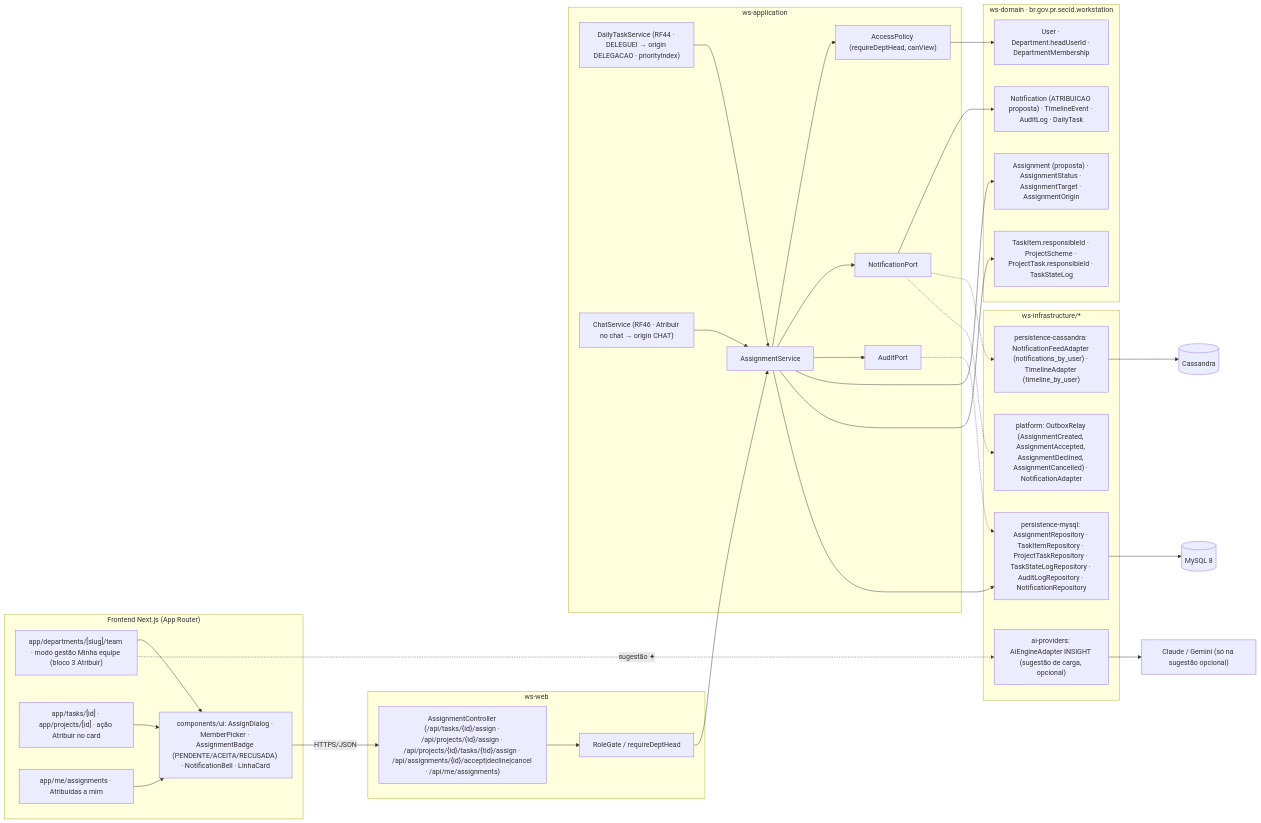
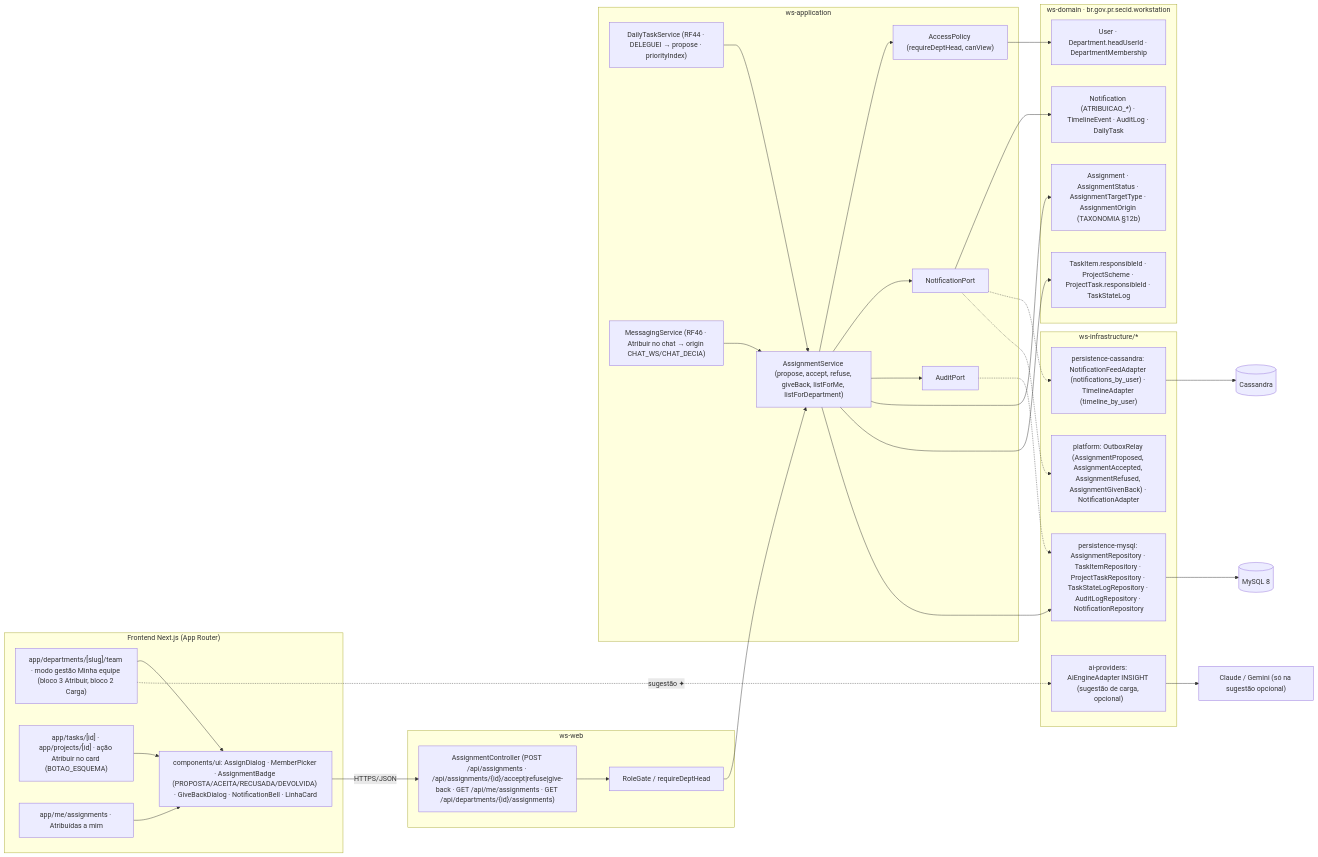
The fifth of 5 diagrams in docs/diagramas/RF10/README.md (MatheusHaliski/Decia-app-2026), drawn with Mermaid before and after one commit. The commit also changed other lines of this file and 3 other files, not shown here.

First line of the commit message:
docs(diagramas): RF18/RF19 alinhados à entidade Assignment; RF13 ajustado

````diff
--- a/docs/diagramas/RF10/README.md
+++ b/docs/diagramas/RF10/README.md
@@ -417,62 +430,62 @@
 ```mermaid
 flowchart LR
   subgraph FE["Frontend Next.js (App Router)"]
-    F1["app/departments/[slug]/team · modo gestão Minha equipe (bloco 3 Atribuir)"]
-    F2["app/tasks/[id] · app/projects/[id] · ação Atribuir no card"]
+    F1["app/departments/[slug]/team · modo gestão Minha equipe (bloco 3 Atribuir, bloco 2 Carga)"]
+    F2["app/tasks/[id] · app/projects/[id] · ação Atribuir no card (BOTAO_ESQUEMA)"]
     F3["app/me/assignments · Atribuídas a mim"]
-    F4["components/ui: AssignDialog · MemberPicker · AssignmentBadge (PENDENTE/ACEITA/RECUSADA) · NotificationBell · LinhaCard"]
+    F4["components/ui: AssignDialog · MemberPicker · AssignmentBadge (PROPOSTA/ACEITA/RECUSADA/DEVOLVIDA) · GiveBackDialog · NotificationBell · LinhaCard"]
   end
 
   subgraph WEB["ws-web"]
-    C1["AssignmentController (/api/tasks/{id}/assign · /api/projects/{id}/assign · /api/projects/{id}/tasks/{tid}/assign · /api/assignments/{id}/accept|decline|cancel · /api/me/assignments)"]
+    C1["AssignmentController (POST /api/assignments · /api/assignments/{id}/accept|refuse|give-back · GET /api/me/assignments · GET /api/departments/{id}/assignments)"]
     C2["RoleGate / requireDeptHead"]
   end
 
   subgraph APP["ws-application"]
-    S1["AssignmentService"]
+    S1["AssignmentService (propose, accept, refuse, giveBack, listForMe, listForDepartment)"]
     S2["AccessPolicy (requireDeptHead, canView)"]
-    S3["DailyTaskService (RF44 · DELEGUEI → origin DELEGACAO · priorityIndex)"]
-    S4["ChatService (RF46 · Atribuir no chat → origin CHAT)"]
+    S3["DailyTaskService (RF44 · DELEGUEI → propose · priorityIndex)"]
+    S4["MessagingService (RF46 · Atribuir no chat → origin CHAT_WS/CHAT_DECIA)"]
     P1["NotificationPort"]
     P2["AuditPort"]
   end
 
   subgraph DOM["ws-domain · br.gov.pr.secid.workstation"]
-    D1["Assignment (proposta) · AssignmentStatus · AssignmentTarget · AssignmentOrigin"]
+    D1["Assignment · AssignmentStatus · AssignmentTargetType · AssignmentOrigin (TAXONOMIA §12b)"]
     D2["TaskItem.responsibleId · ProjectScheme · ProjectTask.responsibleId · TaskStateLog"]
     D3["User · Department.headUserId · DepartmentMembership"]
-    D4["Notification (ATRIBUICAO proposta) · TimelineEvent · AuditLog · DailyTask"]
+    D4["Notification (ATRIBUICAO_*) · TimelineEvent · AuditLog · DailyTask"]
   end
 
   subgraph INFRA["ws-infrastructure/*"]
     I1["persistence-mysql: AssignmentRepository · TaskItemRepository · ProjectTaskRepository · TaskStateLogRepository · AuditLogRepository · NotificationRepository"]
     I2["persistence-cassandra: NotificationFeedAdapter (notifications_by_user) · TimelineAdapter (timeline_by_user)"]
-    I3["platform: OutboxRelay (AssignmentCreated, AssignmentAccepted, AssignmentDeclined, AssignmentCancelled) · NotificationAdapter"]
+    I3["platform: OutboxRelay (AssignmentProposed, AssignmentAccepted, AssignmentRefused, AssignmentGivenBack) · NotificationAdapter"]
     I4["ai-providers: AiEngineAdapter INSIGHT (sugestão de carga, opcional)"]
   end
 
   MY[("MySQL 8")]
   CA[("Cassandra")]
   X1["Claude / Gemini (só na sugestão opcional)"]
 
   F1 --> F4
   F2 --> F4
   F3 --> F4
   F4 -->|"HTTPS/JSON"| C1 --> C2 --> S1
   S1 --> S2
   S3 --> S1
   S4 --> S1
   S1 --> P1
   S1 --> P2
   S1 --> D1
   S1 --> D2
   S2 --> D3
   P1 --> D4
   S1 --> I1
   P1 -.-> I2
   P1 -.-> I3
   P2 -.-> I1
   F1 -. "sugestão ✦" .-> I4 --> X1
   I1 --> MY
   I2 --> CA
 ```
````
